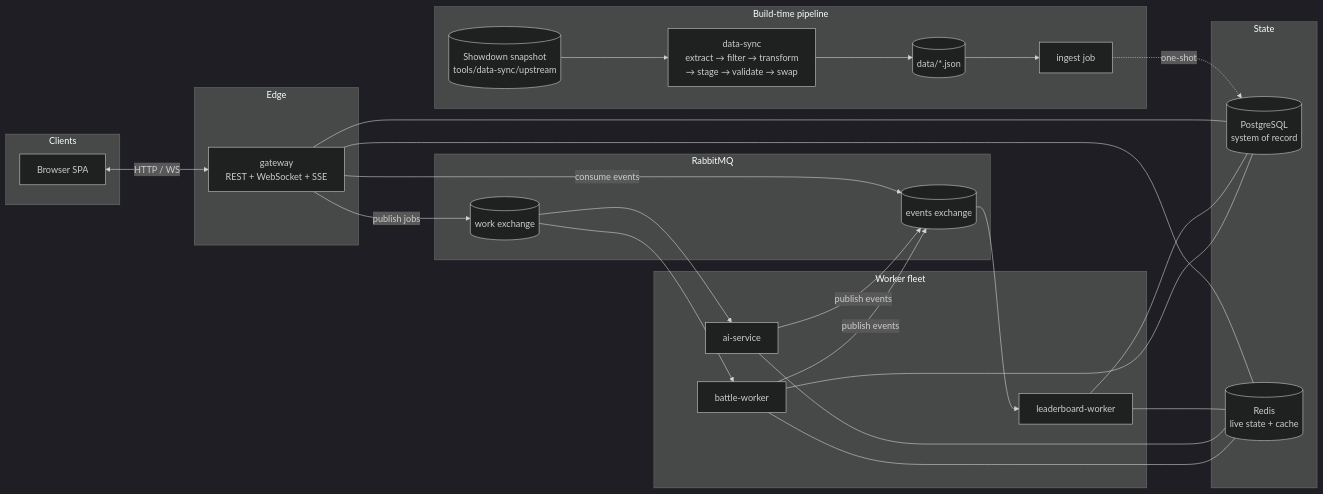
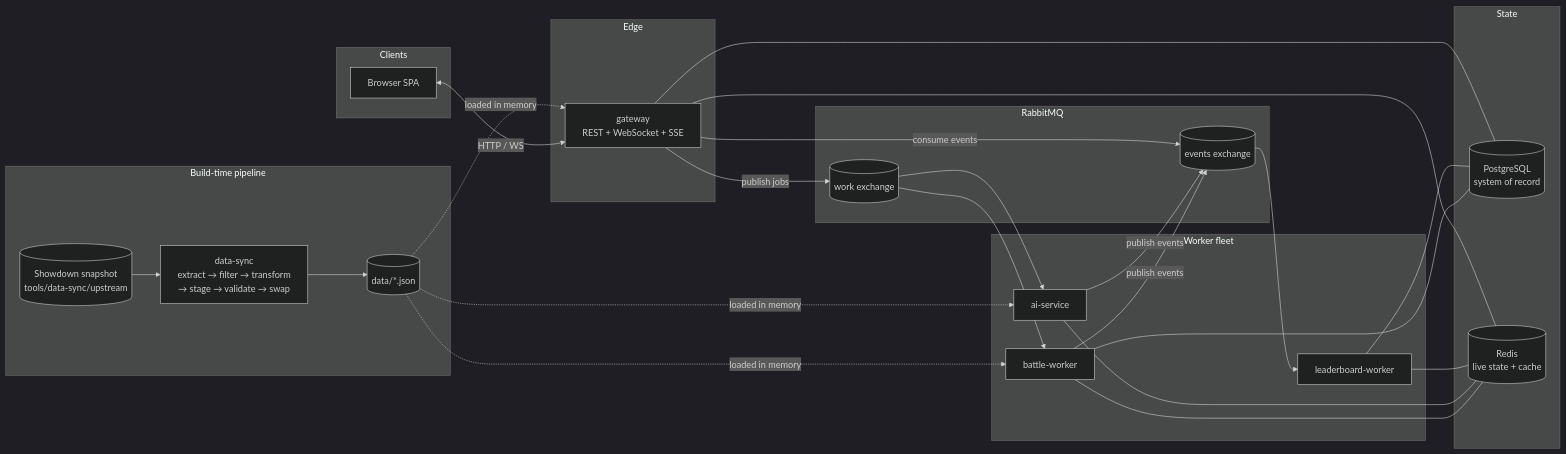
Before and after one commit to shaumik/PokeArena: the first of 3 diagrams in README.md, drawn with Mermaid (dark theme). The commit also changed other lines of this file and 12 other files, not shown here.

````diff
--- a/README.md
+++ b/README.md
@@ -62,51 +62,52 @@
 ```mermaid
 flowchart LR
     subgraph clients[Clients]
         B[Browser SPA]
     end
 
     subgraph edge[Edge]
         G[gateway<br/>REST + WebSocket + SSE]
     end
 
     subgraph broker[RabbitMQ]
         WX[(work exchange)]
         EX[(events exchange)]
     end
 
     subgraph workers[Worker fleet]
         BW[battle-worker]
         AI[ai-service]
         LB[leaderboard-worker]
     end
 
     subgraph state[State]
         PG[(PostgreSQL<br/>system of record)]
         RD[(Redis<br/>live state + cache)]
     end
 
     B <-->|HTTP / WS| G
     G -->|publish jobs| WX
     G -->|consume events| EX
     WX --> BW
     WX --> AI
     EX --> LB
     BW -->|publish events| EX
     AI -->|publish events| EX
     BW --- PG
     BW --- RD
     AI --- RD
     LB --- PG
     LB --- RD
     G --- PG
     G --- RD
 
     subgraph etl[Build-time pipeline]
         UP[(Showdown snapshot<br/>tools/data-sync/upstream)]
         DS[data-sync<br/>extract → filter → transform<br/>→ stage → validate → swap]
         DATA[(data/*.json)]
-        ING[ingest job]
     end
-    UP --> DS --> DATA --> ING
-    ING -.one-shot.-> PG
+    UP --> DS --> DATA
+    DATA -.loaded in memory.-> G
+    DATA -.loaded in memory.-> BW
+    DATA -.loaded in memory.-> AI
 ```
````
